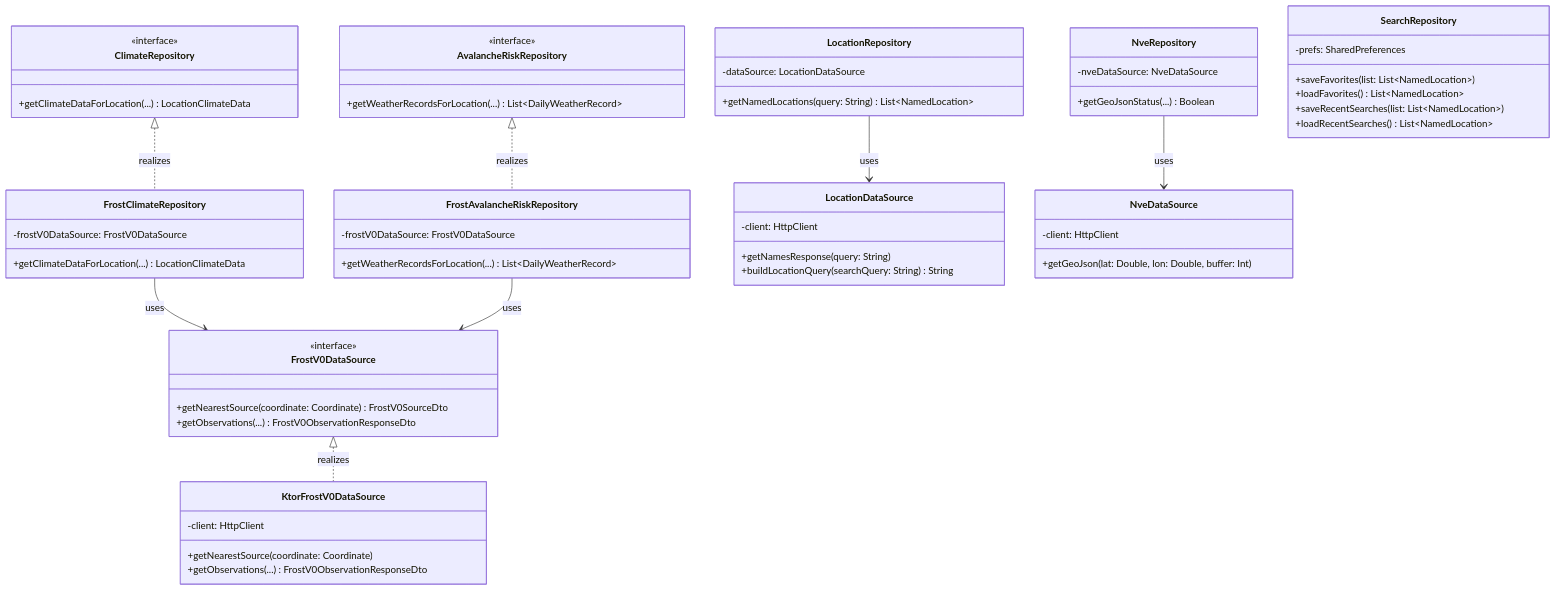
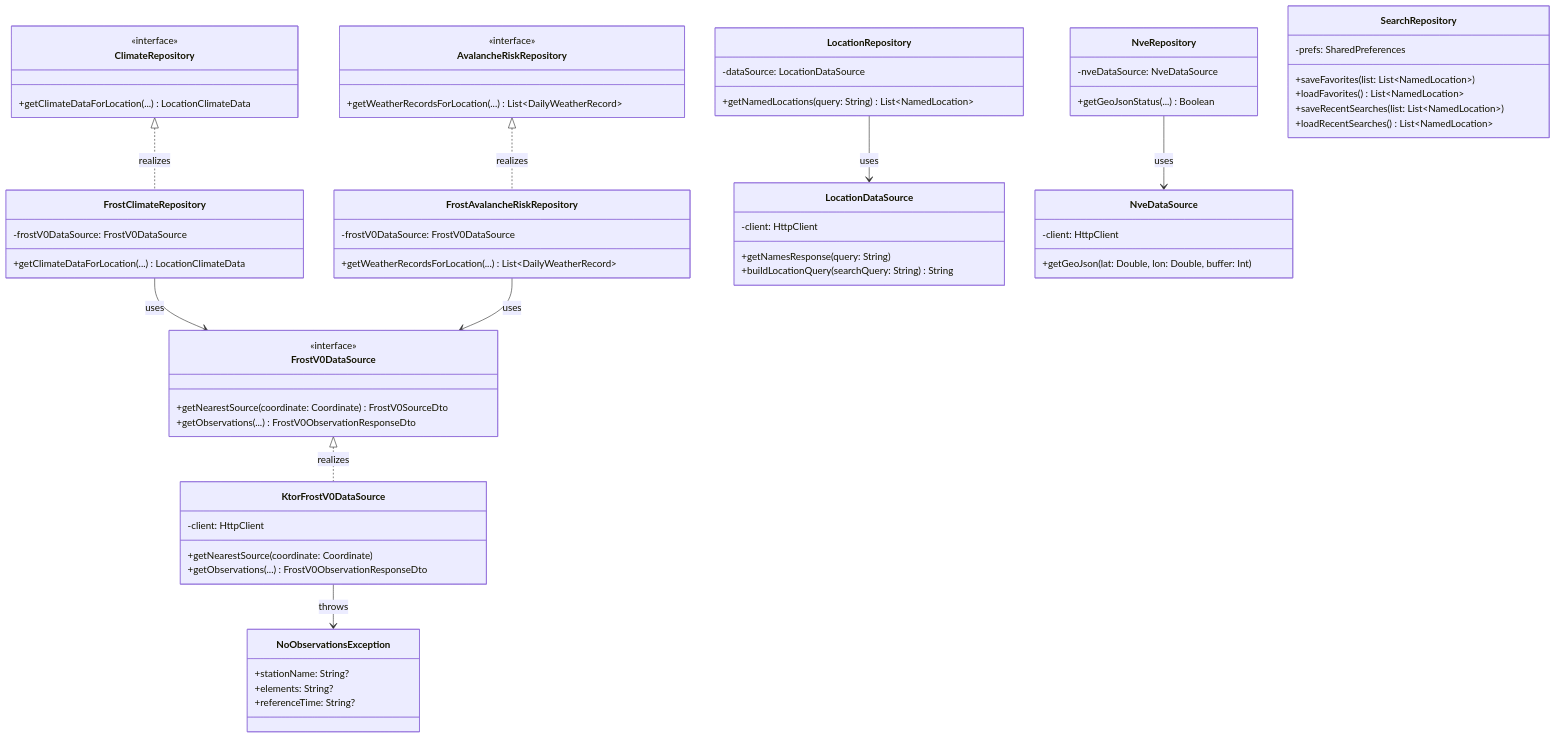
The first of 2 diagrams in MODELING.md (ajgrow/snowsense), drawn with Mermaid before and after one commit. The commit also changed other lines of this file, not shown here.

Commit message:
Fix formatting

````diff
--- a/MODELING.md
+++ b/MODELING.md
@@ -33,61 +33,69 @@
 ```mermaid
 classDiagram
-  class ClimateRepository {
-    <<interface>>
-    +getClimateDataForLocation(...) LocationClimateData
-  }
-  class AvalancheRiskRepository {
-    <<interface>>
-    +getWeatherRecordsForLocation(...) List~DailyWeatherRecord~
-  }
-  class FrostV0DataSource {
-    <<interface>>
-    +getNearestSource(coordinate: Coordinate) FrostV0SourceDto
-    +getObservations(...) FrostV0ObservationResponseDto
-  }
-  class FrostClimateRepository {
-    -frostV0DataSource: FrostV0DataSource
-    +getClimateDataForLocation(...) LocationClimateData
-  }
-  class FrostAvalancheRiskRepository {
-    -frostV0DataSource: FrostV0DataSource
-    +getWeatherRecordsForLocation(...) List~DailyWeatherRecord~
-  }
-  class KtorFrostV0DataSource {
-    -client: HttpClient
-    +getNearestSource(coordinate: Coordinate)
-    +getObservations(...) FrostV0ObservationResponseDto
-  }
-  class LocationRepository {
-    -dataSource: LocationDataSource
-    +getNamedLocations(query: String) List~NamedLocation~
-  }
-  class LocationDataSource {
-    -client: HttpClient
-    +getNamesResponse(query: String)
-    +buildLocationQuery(searchQuery: String) String
-  }
-  class NveRepository {
-    -nveDataSource: NveDataSource
-    +getGeoJsonStatus(...) Boolean
-  }
-  class NveDataSource {
-    -client: HttpClient
-    +getGeoJson(lat: Double, lon: Double, buffer: Int)
-  }
-  class SearchRepository {
-    -prefs: SharedPreferences
-    +saveFavorites(list: List~NamedLocation~)
-    +loadFavorites() List~NamedLocation~
-    +saveRecentSearches(list: List~NamedLocation~)
-    +loadRecentSearches() List~NamedLocation~
-  }
-  
-  ClimateRepository <|.. FrostClimateRepository : realizes
-  AvalancheRiskRepository <|.. FrostAvalancheRiskRepository : realizes
-  FrostV0DataSource <|.. KtorFrostV0DataSource : realizes
-  FrostClimateRepository --> FrostV0DataSource : uses
-  FrostAvalancheRiskRepository --> FrostV0DataSource : uses
-  LocationRepository --> LocationDataSource : uses
-  NveRepository --> NveDataSource : uses
+    class ClimateRepository {
+        <<interface>>
+        +getClimateDataForLocation(...) LocationClimateData
+    }
+    class AvalancheRiskRepository {
+        <<interface>>
+        +getWeatherRecordsForLocation(...) List~DailyWeatherRecord~
+    }
+    class FrostV0DataSource {
+        <<interface>>
+        +getNearestSource(coordinate: Coordinate) FrostV0SourceDto
+        +getObservations(...) FrostV0ObservationResponseDto
+    }
+    class FrostClimateRepository {
+        -frostV0DataSource: FrostV0DataSource
+        +getClimateDataForLocation(...) LocationClimateData
+    }
+    class FrostAvalancheRiskRepository {
+        -frostV0DataSource: FrostV0DataSource
+        +getWeatherRecordsForLocation(...) List~DailyWeatherRecord~
+    }
+    class KtorFrostV0DataSource {
+        -client: HttpClient
+        +getNearestSource(coordinate: Coordinate)
+        +getObservations(...) FrostV0ObservationResponseDto
+    }
+    class LocationRepository {
+        -dataSource: LocationDataSource
+        +getNamedLocations(query: String) List~NamedLocation~
+    }
+    class LocationDataSource {
+        -client: HttpClient
+        +getNamesResponse(query: String)
+        +buildLocationQuery(searchQuery: String) String
+    }
+    class NveRepository {
+        -nveDataSource: NveDataSource
+        +getGeoJsonStatus(...) Boolean
+    }
+    class NveDataSource {
+        -client: HttpClient
+        +getGeoJson(lat: Double, lon: Double, buffer: Int)
+    }
+    class SearchRepository {
+        -prefs: SharedPreferences
+        +saveFavorites(list: List~NamedLocation~)
+        +loadFavorites() List~NamedLocation~
+        +saveRecentSearches(list: List~NamedLocation~)
+        +loadRecentSearches() List~NamedLocation~
+    }
+
+    class NoObservationsException {
+        +stationName: String?
+        +elements: String?
+        +referenceTime: String?
+    }
+
+
+    ClimateRepository <|.. FrostClimateRepository : realizes
+    AvalancheRiskRepository <|.. FrostAvalancheRiskRepository : realizes
+    FrostV0DataSource <|.. KtorFrostV0DataSource : realizes
+    KtorFrostV0DataSource --> NoObservationsException : throws
+    FrostClimateRepository --> FrostV0DataSource : uses
+    FrostAvalancheRiskRepository --> FrostV0DataSource : uses
+    LocationRepository --> LocationDataSource : uses
+    NveRepository --> NveDataSource : uses
 ```
````
